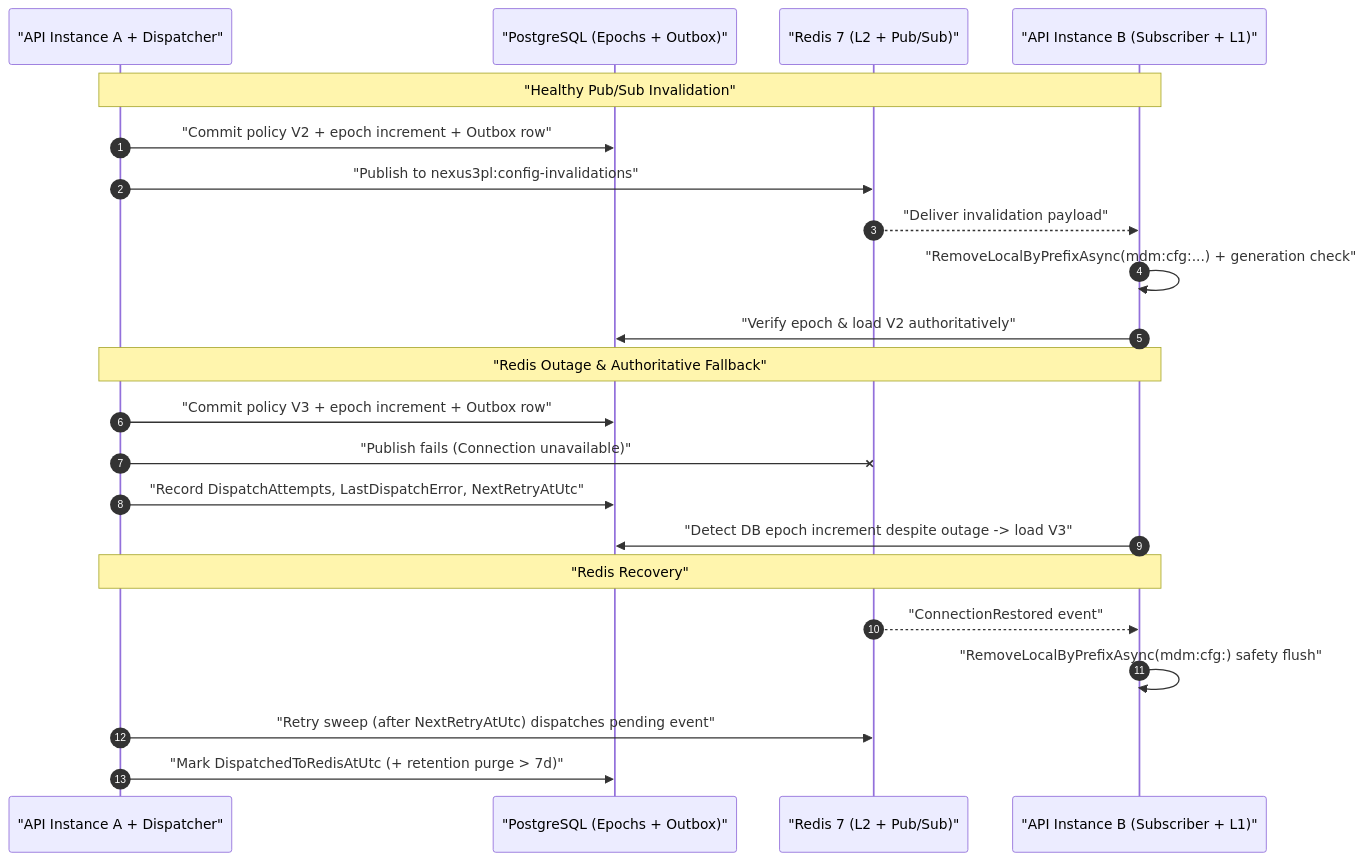
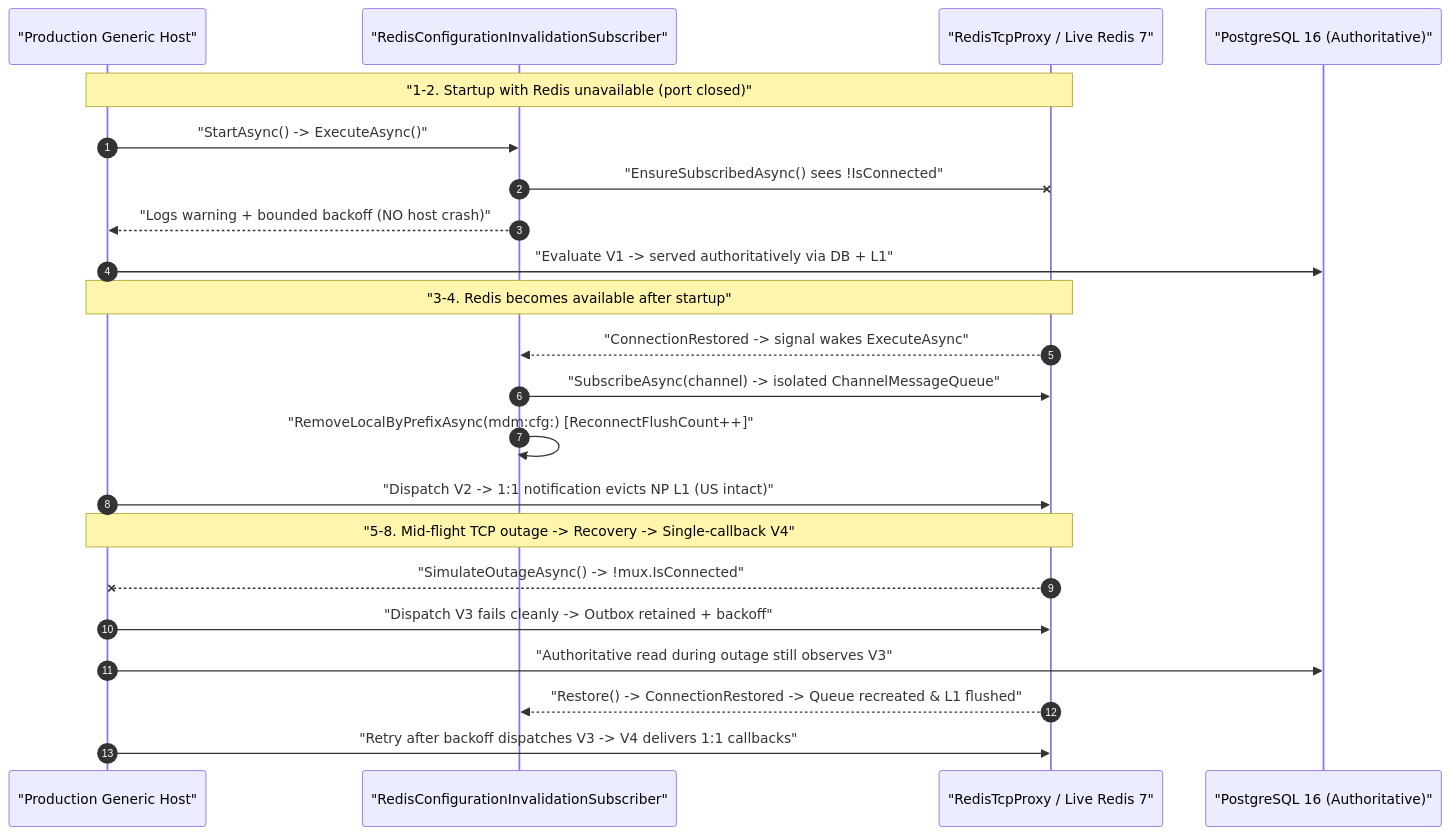
Before and after one commit to Umesh1200/3PL_Warehouse_Logistics: the diagram in docs/MDM_1_5_Acceptance_Remediation_Report.md, drawn with Mermaid. The commit also changed other lines of this file, not shown here.

Commit message:
docs(mdm-1.5): finalize acceptance remediation report for R05-F01 and CI run 45834357619

````diff
--- a/docs/MDM_1_5_Acceptance_Remediation_Report.md
+++ b/docs/MDM_1_5_Acceptance_Remediation_Report.md
@@ -140,27 +89,27 @@
 ```mermaid
 sequenceDiagram
     autonumber
-    participant InstA as "API Instance A + Dispatcher"
-    participant Pg as "PostgreSQL (Epochs + Outbox)"
-    participant Redis as "Redis 7 (L2 + Pub/Sub)"
-    participant InstB as "API Instance B (Subscriber + L1)"
+    participant Host as "Production Generic Host"
+    participant Sub as "RedisConfigurationInvalidationSubscriber"
+    participant Proxy as "RedisTcpProxy / Live Redis 7"
+    participant Pg as "PostgreSQL 16 (Authoritative)"
 
-    Note over InstA,InstB: "Healthy Pub/Sub Invalidation"
-    InstA->>Pg: "Commit policy V2 + epoch increment + Outbox row"
-    InstA->>Redis: "Publish to nexus3pl:config-invalidations"
-    Redis-->>InstB: "Deliver invalidation payload"
-    InstB->>InstB: "RemoveLocalByPrefixAsync(mdm:cfg:...) + generation check"
-    InstB->>Pg: "Verify epoch & load V2 authoritatively"
+    Note over Host,Proxy: "1-2. Startup with Redis unavailable (port closed)"
+    Host->>Sub: "StartAsync() -> ExecuteAsync()"
+    Sub-xProxy: "EnsureSubscribedAsync() sees !IsConnected"
+    Sub-->>Host: "Logs warning + bounded backoff (NO host crash)"
+    Host->>Pg: "Evaluate V1 -> served authoritatively via DB + L1"
 
-    Note over InstA,InstB: "Redis Outage & Authoritative Fallback"
-    InstA->>Pg: "Commit policy V3 + epoch increment + Outbox row"
-    InstA-xRedis: "Publish fails (Connection unavailable)"
-    InstA->>Pg: "Record DispatchAttempts, LastDispatchError, NextRetryAtUtc"
-    InstB->>Pg: "Detect DB epoch increment despite outage -> load V3"
+    Note over Host,Proxy: "3-4. Redis becomes available after startup"
+    Proxy-->>Sub: "ConnectionRestored -> signal wakes ExecuteAsync"
+    Sub->>Proxy: "SubscribeAsync(channel) -> isolated ChannelMessageQueue"
+    Sub->>Sub: "RemoveLocalByPrefixAsync(mdm:cfg:) [ReconnectFlushCount++]"
+    Host->>Proxy: "Dispatch V2 -> 1:1 notification evicts NP L1 (US intact)"
 
-    Note over InstA,InstB: "Redis Recovery"
-    Redis-->>InstB: "ConnectionRestored event"
-    InstB->>InstB: "RemoveLocalByPrefixAsync(mdm:cfg:) safety flush"
-    InstA->>Redis: "Retry sweep (after NextRetryAtUtc) dispatches pending event"
-    InstA->>Pg: "Mark DispatchedToRedisAtUtc (+ retention purge > 7d)"
+    Note over Host,Proxy: "5-8. Mid-flight TCP outage -> Recovery -> Single-callback V4"
+    Proxy--xHost: "SimulateOutageAsync() -> !mux.IsConnected"
+    Host->>Proxy: "Dispatch V3 fails cleanly -> Outbox retained + backoff"
+    Host->>Pg: "Authoritative read during outage still observes V3"
+    Proxy-->>Sub: "Restore() -> ConnectionRestored -> Queue recreated & L1 flushed"
+    Host->>Proxy: "Retry after backoff dispatches V3 -> V4 delivers 1:1 callbacks"
 ```
````
